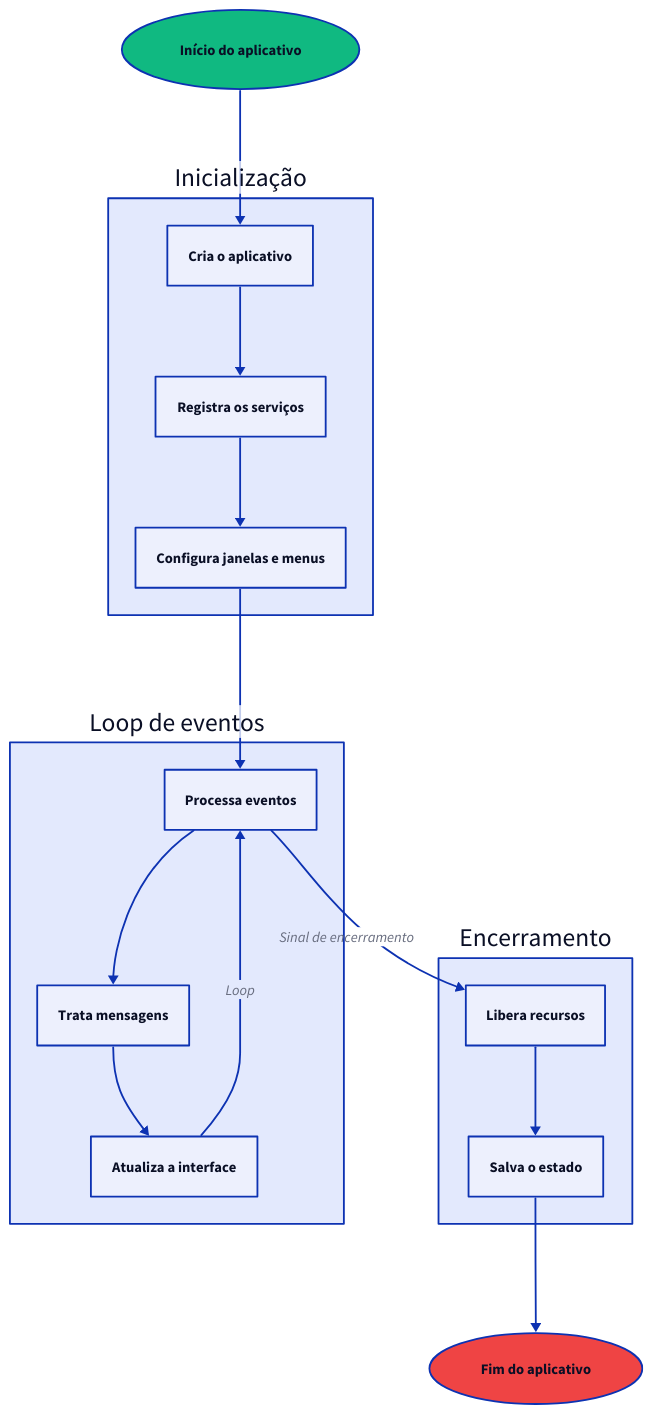
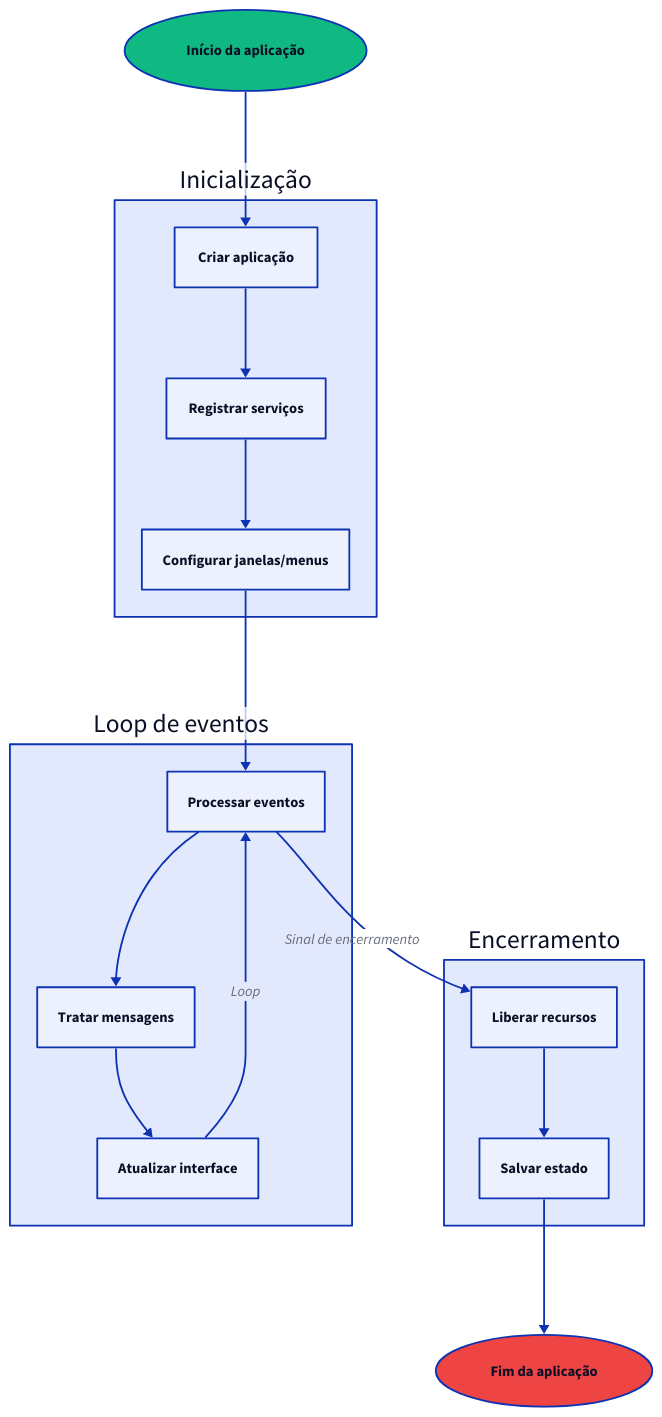
The fourth of 8 diagrams in docs/mpress/content/pt/concepts/architecture.md (wailsapp/wails), drawn with D2 before and after one commit. The commit also changed other lines of this file and 1096 other files, not shown here.

````diff
--- a/docs/mpress/content/pt/concepts/architecture.md
+++ b/docs/mpress/content/pt/concepts/architecture.md
@@ -258,62 +258,62 @@
 ```d2
 direction: down
 
-Start: Início do aplicativo {
+Start: Início da aplicação {
   shape: oval
   style.fill: "#10B981"
 }
 
 Init: Inicialização {
-  Create: Cria o aplicativo {
+  Create: Criar aplicação {
     shape: rectangle
   }
 
-  Register: Registra os serviços {
+  Register: Registrar serviços {
     shape: rectangle
   }
 
-  Setup: Configura janelas e menus {
+  Setup: Configurar janelas/menus {
     shape: rectangle
   }
 }
 
 Run: Loop de eventos {
-  Events: Processa eventos {
+  Events: Processar eventos {
     shape: rectangle
   }
 
-  Messages: Trata mensagens {
+  Messages: Tratar mensagens {
     shape: rectangle
   }
 
-  Render: Atualiza a interface {
+  Render: Atualizar interface {
     shape: rectangle
   }
 }
 
 Shutdown: Encerramento {
-  Cleanup: Libera recursos {
+  Cleanup: Liberar recursos {
     shape: rectangle
   }
 
-  Save: Salva o estado {
+  Save: Salvar estado {
     shape: rectangle
   }
 }
 
-End: Fim do aplicativo {
+End: Fim da aplicação {
   shape: oval
   style.fill: "#EF4444"
 }
 
 Start -> Init.Create
 Init.Create -> Init.Register
 Init.Register -> Init.Setup
 Init.Setup -> Run.Events
 Run.Events -> Run.Messages
 Run.Messages -> Run.Render
 Run.Render -> Run.Events: Loop
 Run.Events -> Shutdown.Cleanup: Sinal de encerramento
 Shutdown.Cleanup -> Shutdown.Save
 Shutdown.Save -> End
 ```
````
